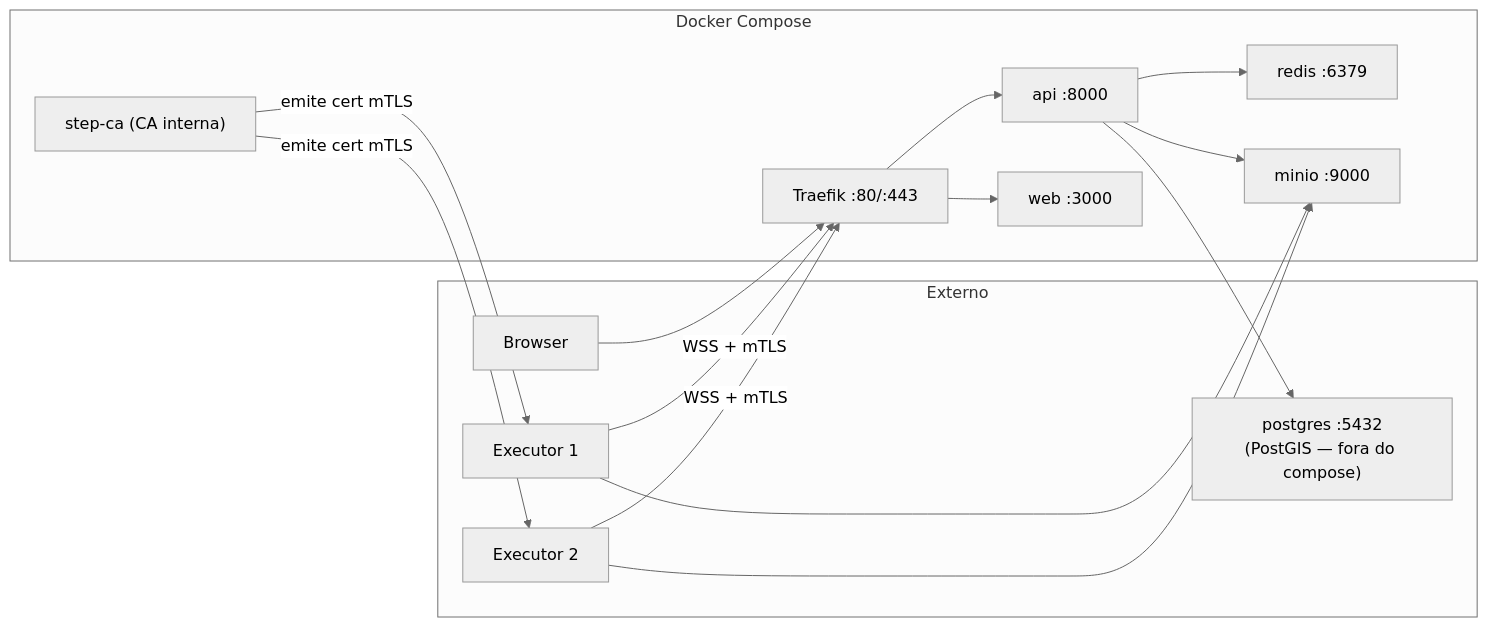
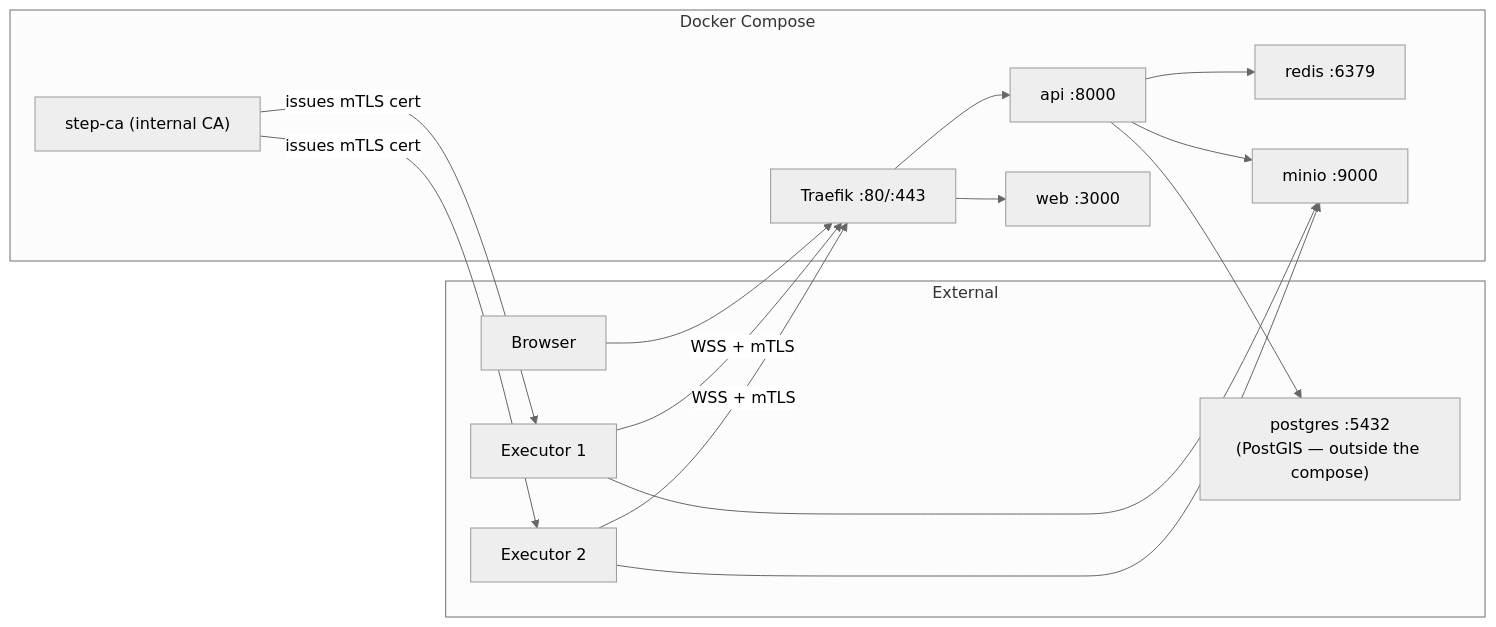
One commit to jlanio/atlans changed the second of 15 diagrams in docs/architecture.md. Above: the diagram before and after it, drawn with Mermaid (neutral theme). The commit also changed other lines of this file and 41 other files, not shown here.

````diff
--- a/docs/architecture.md
+++ b/docs/architecture.md
@@ -119,31 +119,31 @@
 ```mermaid
 graph LR
     subgraph Docker Compose
         TRAEFIK["Traefik :80/:443"]
         API["api :8000"]
         WEB["web :3000"]
         REDIS["redis :6379"]
         MINIO["minio :9000"]
-        STEPCA["step-ca (CA interna)"]
+        STEPCA["step-ca (internal CA)"]
     end
 
-    subgraph Externo
-        DB["postgres :5432<br/>(PostGIS — fora do compose)"]
+    subgraph Externo["External"]
+        DB["postgres :5432<br/>(PostGIS — outside the compose)"]
         AGENT1["Executor 1"]
         AGENT2["Executor 2"]
         BROWSER["Browser"]
     end
 
     BROWSER --> TRAEFIK
     TRAEFIK --> API
     TRAEFIK --> WEB
     API --> DB
     API --> REDIS
     API --> MINIO
-    STEPCA -->|"emite cert mTLS"| AGENT1
-    STEPCA -->|"emite cert mTLS"| AGENT2
+    STEPCA -->|"issues mTLS cert"| AGENT1
+    STEPCA -->|"issues mTLS cert"| AGENT2
     AGENT1 -->|"WSS + mTLS"| TRAEFIK
     AGENT2 -->|"WSS + mTLS"| TRAEFIK
     AGENT1 --> MINIO
     AGENT2 --> MINIO
 ```
````
